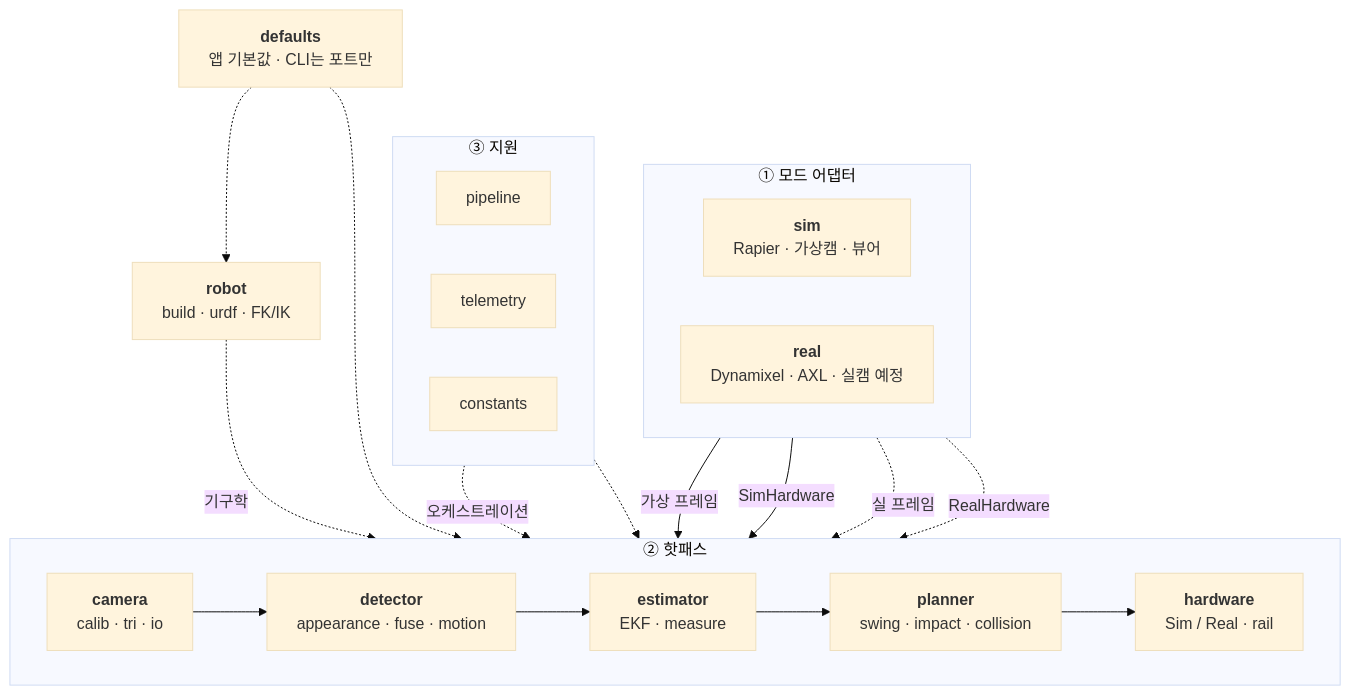
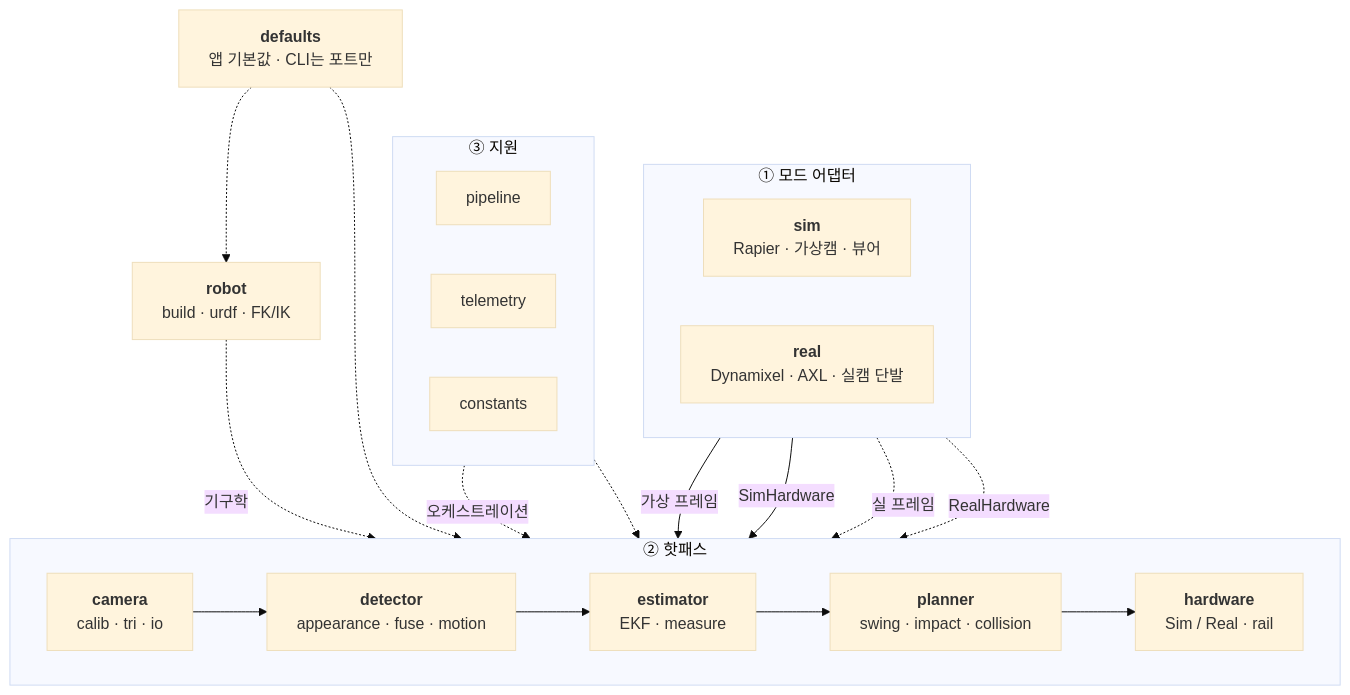
The first of 4 diagrams in README.md (luv-all/pingpong-bot), drawn with Mermaid (base theme) before and after one commit. The commit also changed other lines of this file and 21 other files, not shown here.

````diff
--- a/README.md
+++ b/README.md
@@ -151,40 +174,40 @@
 ```mermaid
 flowchart TB
   defaults["<b>defaults</b><br/>앱 기본값 · CLI는 포트만"]
 
   subgraph adapters ["① 모드 어댑터"]
     direction LR
     sim["<b>sim</b><br/>Rapier · 가상캠 · 뷰어"]
-    real["<b>real</b><br/>Dynamixel · AXL · 실캠 예정"]
+    real["<b>real</b><br/>Dynamixel · AXL · 실캠 단발"]
   end
 
   subgraph hot ["② 핫패스"]
     direction LR
     camera["<b>camera</b><br/>calib · tri · io"]
     detector["<b>detector</b><br/>appearance · fuse · motion"]
     estimator["<b>estimator</b><br/>EKF · measure"]
     planner["<b>planner</b><br/>swing · impact · collision"]
     hardware["<b>hardware</b><br/>Sim / Real · rail"]
     camera --> detector --> estimator --> planner --> hardware
   end
 
   robot["<b>robot</b><br/>build · urdf · FK/IK"]
   defaults -.-> hot
   defaults -.-> robot
   robot -.->|기구학| planner
 
   sim -->|가상 프레임| camera
   sim -->|SimHardware| hardware
   real -.->|실 프레임| camera
   real -.->|RealHardware| hardware
 
   subgraph support ["③ 지원"]
     direction LR
     pipeline["pipeline"]
     telemetry["telemetry"]
     constants["constants"]
   end
 
   pipeline -.->|오케스트레이션| hot
   constants -.-> hot
 ```
````
